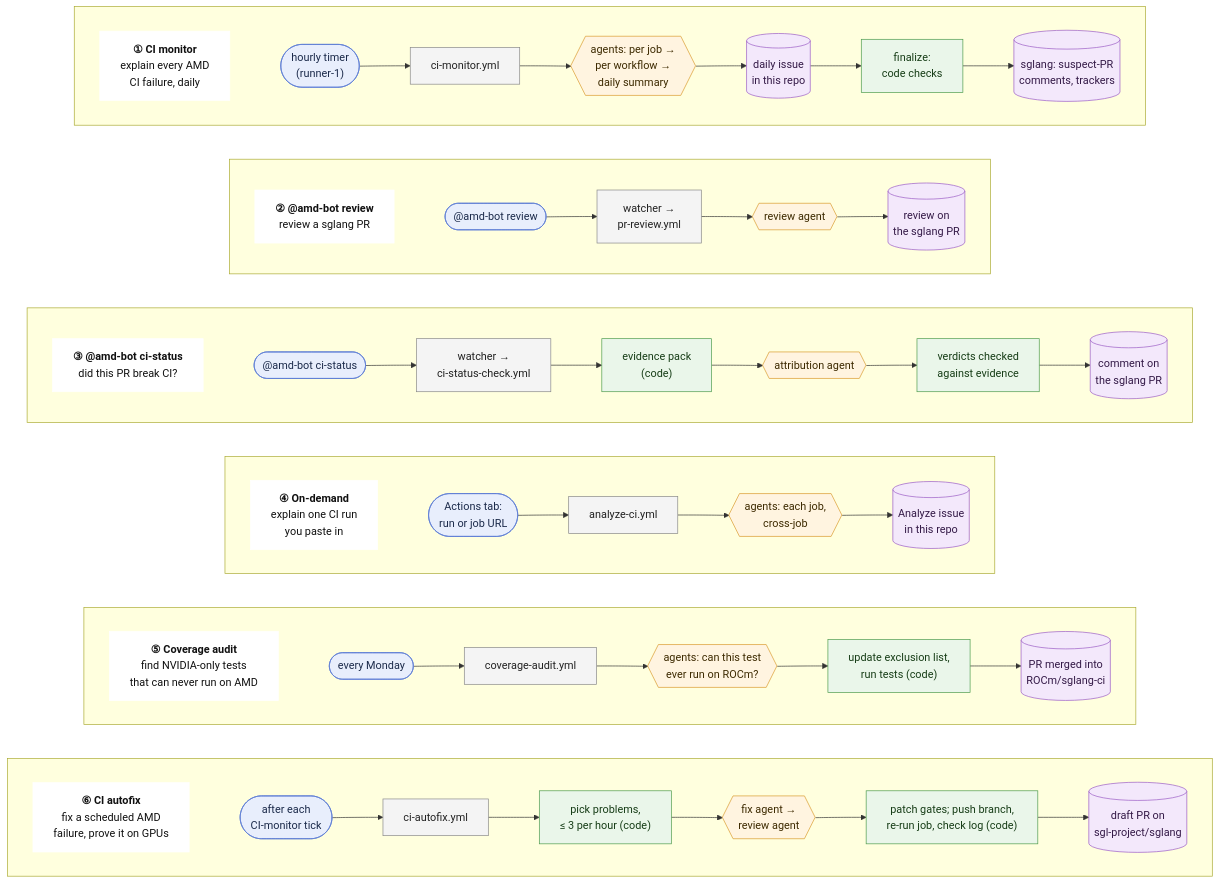
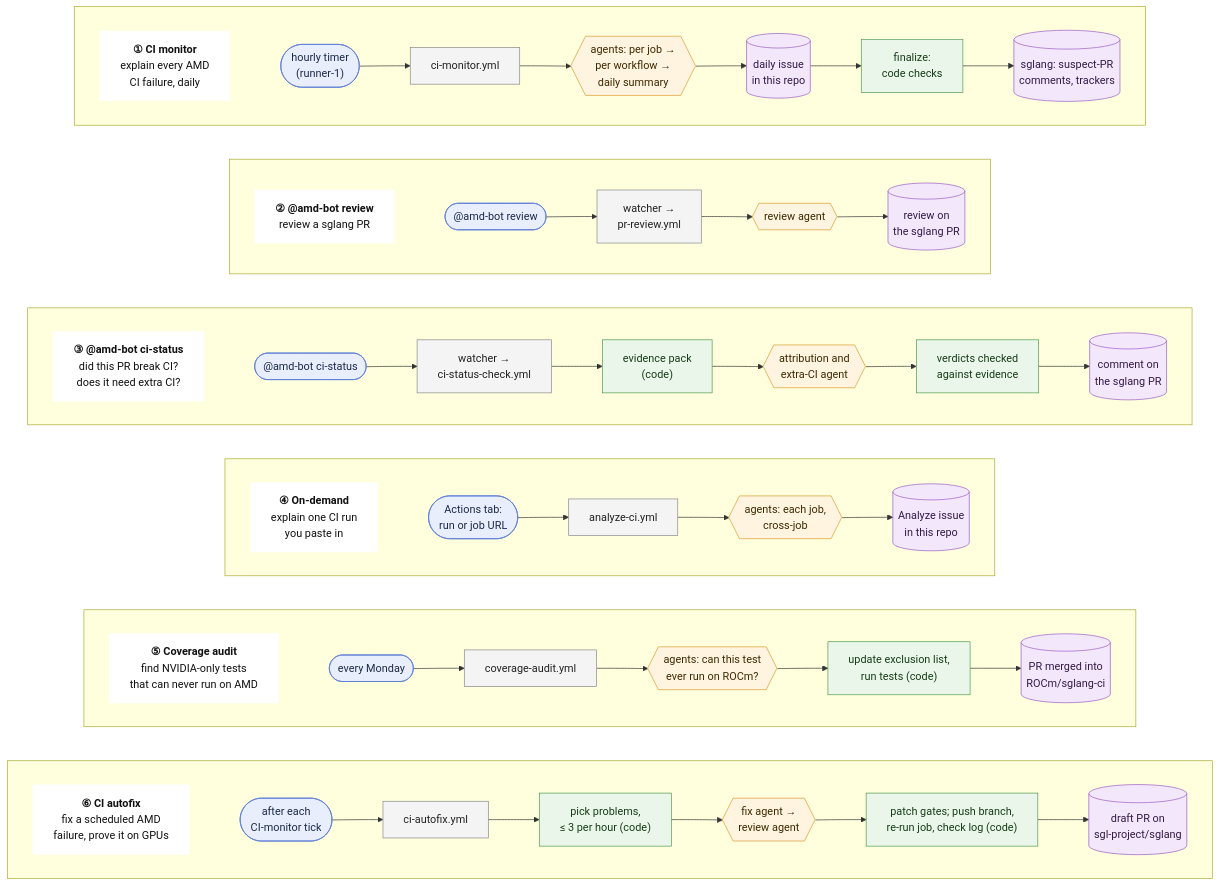
The diagram in docs/architecture.mmd (bingxche/sglang-ci-bot), drawn with Mermaid before and after one commit. The commit also changed 23 other files, not shown here.

First line of the commit message:
CI status: say whether the PR needs extra CI, on NVIDIA and AMD (#291)

```diff
--- a/docs/architecture.mmd
+++ b/docs/architecture.mmd
@@ -1,39 +1,39 @@
 flowchart TB
     classDef purpose fill:#ffffff,stroke:#ffffff,color:#111
     classDef trigger fill:#e8eefc,stroke:#5b7bd5,color:#1b2a4a
     classDef workflow fill:#f4f4f4,stroke:#888,color:#222
     classDef agent fill:#fff4e0,stroke:#d99a2b,color:#3d2a00
     classDef code fill:#eaf6ea,stroke:#4c9a4c,color:#173d17
     classDef output fill:#f3e8fb,stroke:#9a5bc4,color:#341a47
 
     subgraph L1[" "]
         direction LR
         P1["<b>① CI monitor</b><br/>explain every AMD<br/>CI failure, daily"]:::purpose ~~~ A1(["hourly timer<br/>(runner-1)"]):::trigger --> A2["ci-monitor.yml"]:::workflow --> A3{{"agents: per job →<br/>per workflow →<br/>daily summary"}}:::agent --> A4[("daily issue<br/>in this repo")]:::output --> A5["finalize:<br/>code checks"]:::code --> A6[("sglang: suspect-PR<br/>comments, trackers")]:::output
     end
 
     subgraph L2[" "]
         direction LR
         P2["<b>② @amd-bot review</b><br/>review a sglang PR"]:::purpose ~~~ B1(["@amd-bot review"]):::trigger --> B2["watcher →<br/>pr-review.yml"]:::workflow --> B3{{"review agent"}}:::agent --> B5[("review on<br/>the sglang PR")]:::output
     end
 
     subgraph L3[" "]
         direction LR
-        P3["<b>③ @amd-bot ci-status</b><br/>did this PR break CI?"]:::purpose ~~~ C1(["@amd-bot ci-status"]):::trigger --> C2["watcher →<br/>ci-status-check.yml"]:::workflow --> C3["evidence pack<br/>(code)"]:::code --> C4{{"attribution agent"}}:::agent --> C5["verdicts checked<br/>against evidence"]:::code --> C6[("comment on<br/>the sglang PR")]:::output
+        P3["<b>③ @amd-bot ci-status</b><br/>did this PR break CI?<br/>does it need extra CI?"]:::purpose ~~~ C1(["@amd-bot ci-status"]):::trigger --> C2["watcher →<br/>ci-status-check.yml"]:::workflow --> C3["evidence pack<br/>(code)"]:::code --> C4{{"attribution and<br/>extra-CI agent"}}:::agent --> C5["verdicts checked<br/>against evidence"]:::code --> C6[("comment on<br/>the sglang PR")]:::output
     end
 
     subgraph L4[" "]
         direction LR
         P4["<b>④ On-demand</b><br/>explain one CI run<br/>you paste in"]:::purpose ~~~ D1(["Actions tab:<br/>run or job URL"]):::trigger --> D2["analyze-ci.yml"]:::workflow --> D3{{"agents: each job,<br/>cross-job"}}:::agent --> D4[("Analyze issue<br/>in this repo")]:::output
     end
 
     subgraph L5[" "]
         direction LR
         P6["<b>⑤ Coverage audit</b><br/>find NVIDIA-only tests<br/>that can never run on AMD"]:::purpose ~~~ F1(["every Monday"]):::trigger --> F2["coverage-audit.yml"]:::workflow --> F3{{"agents: can this test<br/>ever run on ROCm?"}}:::agent --> F4["update exclusion list,<br/>run tests (code)"]:::code --> F5[("PR merged into<br/>ROCm/sglang-ci")]:::output
     end
 
     subgraph L6[" "]
         direction LR
         P7["<b>⑥ CI autofix</b><br/>fix a scheduled AMD<br/>failure, prove it on GPUs"]:::purpose ~~~ G1(["after each<br/>CI-monitor tick"]):::trigger --> G2["ci-autofix.yml"]:::workflow --> G3["pick problems,<br/>≤ 3 per hour (code)"]:::code --> G4{{"fix agent →<br/>review agent"}}:::agent --> G5["patch gates; push branch,<br/>re-run job, check log (code)"]:::code --> G6[("draft PR on<br/>sgl-project/sglang")]:::output
     end
 
     L1 ~~~ L2 ~~~ L3 ~~~ L4 ~~~ L5 ~~~ L6
```
